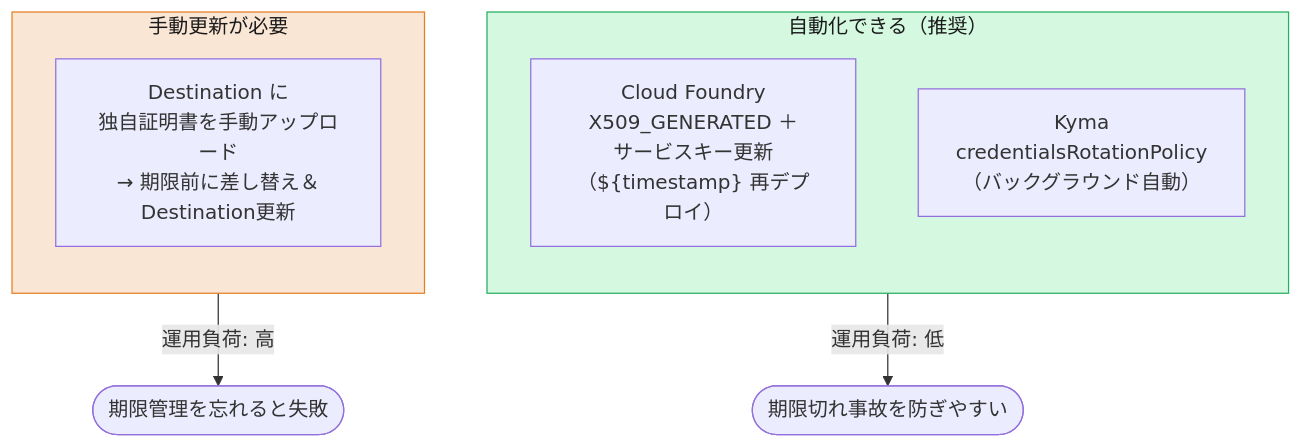
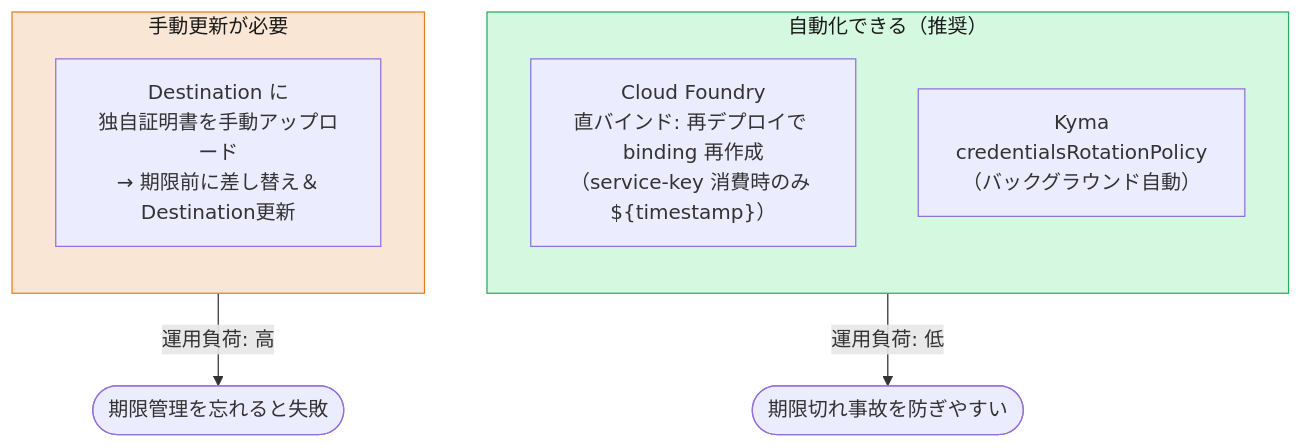
One commit to miyasuta/cloud-identity-developer-guide changed the second of 2 diagrams in learning/app2app-and-certificate-operations.md. Above: the diagram before and after it, drawn with Mermaid. The commit also changed other lines of this file, not shown here.

Commit message:
Correct cert validity limits and clarify binding vs service-key rotation

````diff
--- a/learning/app2app-and-certificate-operations.md
+++ b/learning/app2app-and-certificate-operations.md
@@ -185,17 +205,17 @@
 ```mermaid
 flowchart TB
     subgraph AUTO["自動化できる（推奨）"]
         direction TB
-        A1["Cloud Foundry<br/>X509_GENERATED ＋<br/>サービスキー更新（${timestamp} 再デプロイ）"]
+        A1["Cloud Foundry<br/>直バインド: 再デプロイで binding 再作成<br/>（service-key 消費時のみ ${timestamp}）"]
         A2["Kyma<br/>credentialsRotationPolicy<br/>（バックグラウンド自動）"]
     end
     subgraph MANUAL["手動更新が必要"]
         direction TB
         M1["Destination に<br/>独自証明書を手動アップロード<br/>→ 期限前に差し替え＆Destination更新"]
     end
     AUTO -->|運用負荷: 低| OK([期限切れ事故を防ぎやすい])
     MANUAL -->|運用負荷: 高| CARE([期限管理を忘れると失敗])
 
     style AUTO fill:#d5f9e0,stroke:#27ae60,color:#1a1a1a
     style MANUAL fill:#f9e6d5,stroke:#e67e22,color:#1a1a1a
 ```
````
